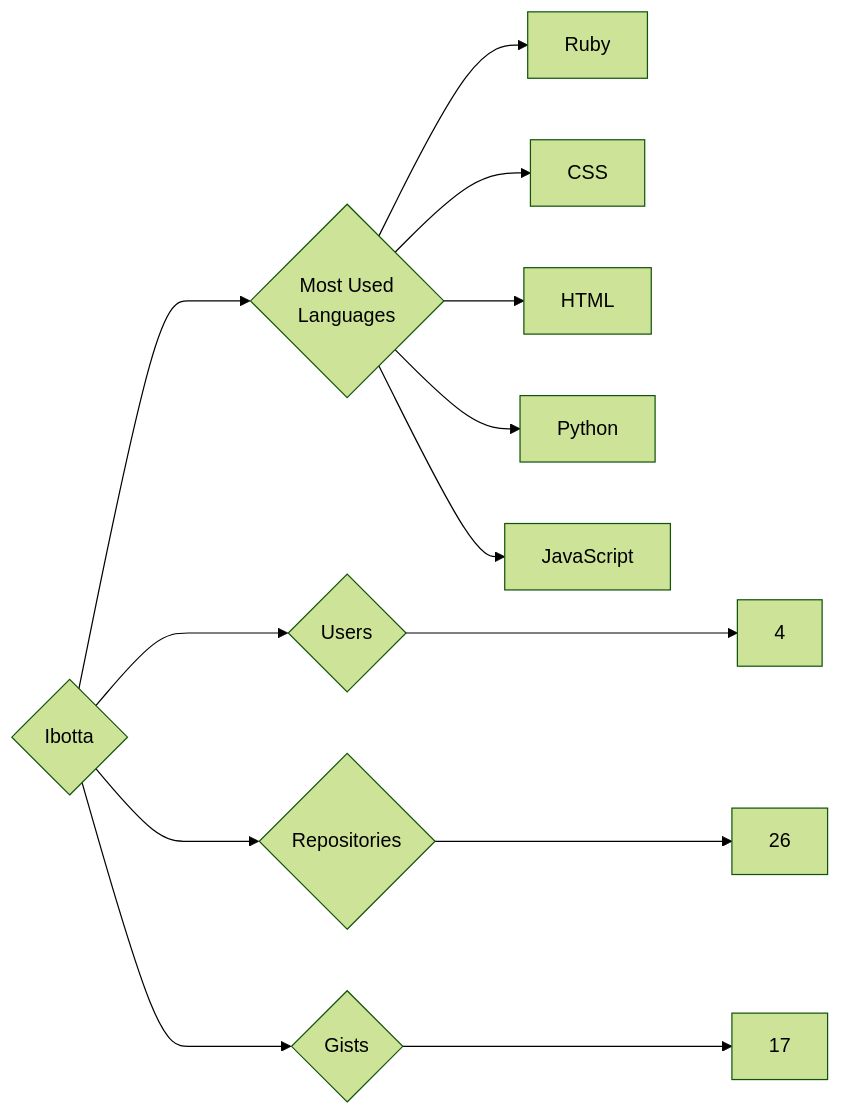
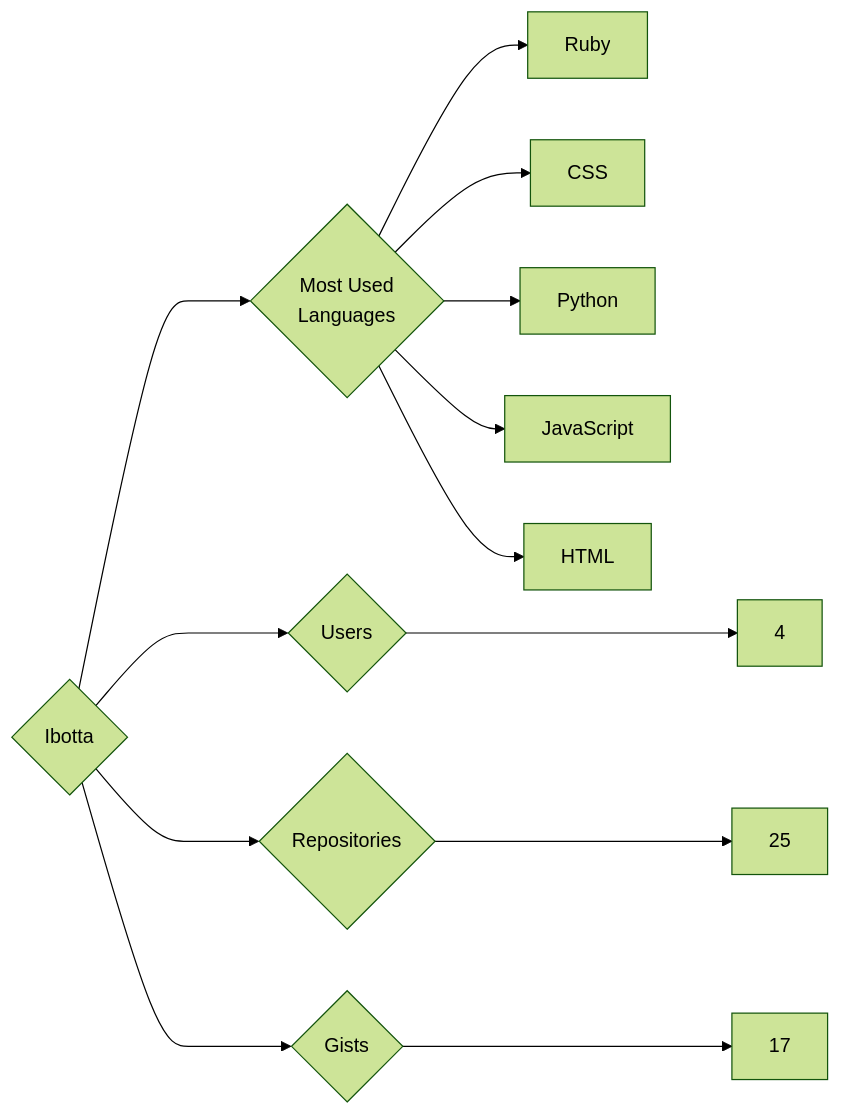
Before and after one commit to trickest/insiders: the diagram in targets/Ibotta/README.md, drawn with Mermaid (forest theme). The commit also changed 1003 other files, not shown here.

````diff
--- a/targets/Ibotta/README.md
+++ b/targets/Ibotta/README.md
@@ -3,13 +3,13 @@
 ```mermaid
 graph LR
 COMPANY_NAME{Ibotta}
 COMPANY_NAME ---> U{Users} ---> UN[4]
-COMPANY_NAME ---> R{Repositories} ---> RN[26]
+COMPANY_NAME ---> R{Repositories} ---> RN[25]
 COMPANY_NAME ---> G{Gists} ---> GN[17]
 COMPANY_NAME ---> ML{Most Used<br>Languages}
 ML --> Ruby[Ruby]
 ML --> CSS[CSS]
-ML --> HTML[HTML]
 ML --> Python[Python]
 ML --> JavaScript[JavaScript]
+ML --> HTML[HTML]
 ```
````
